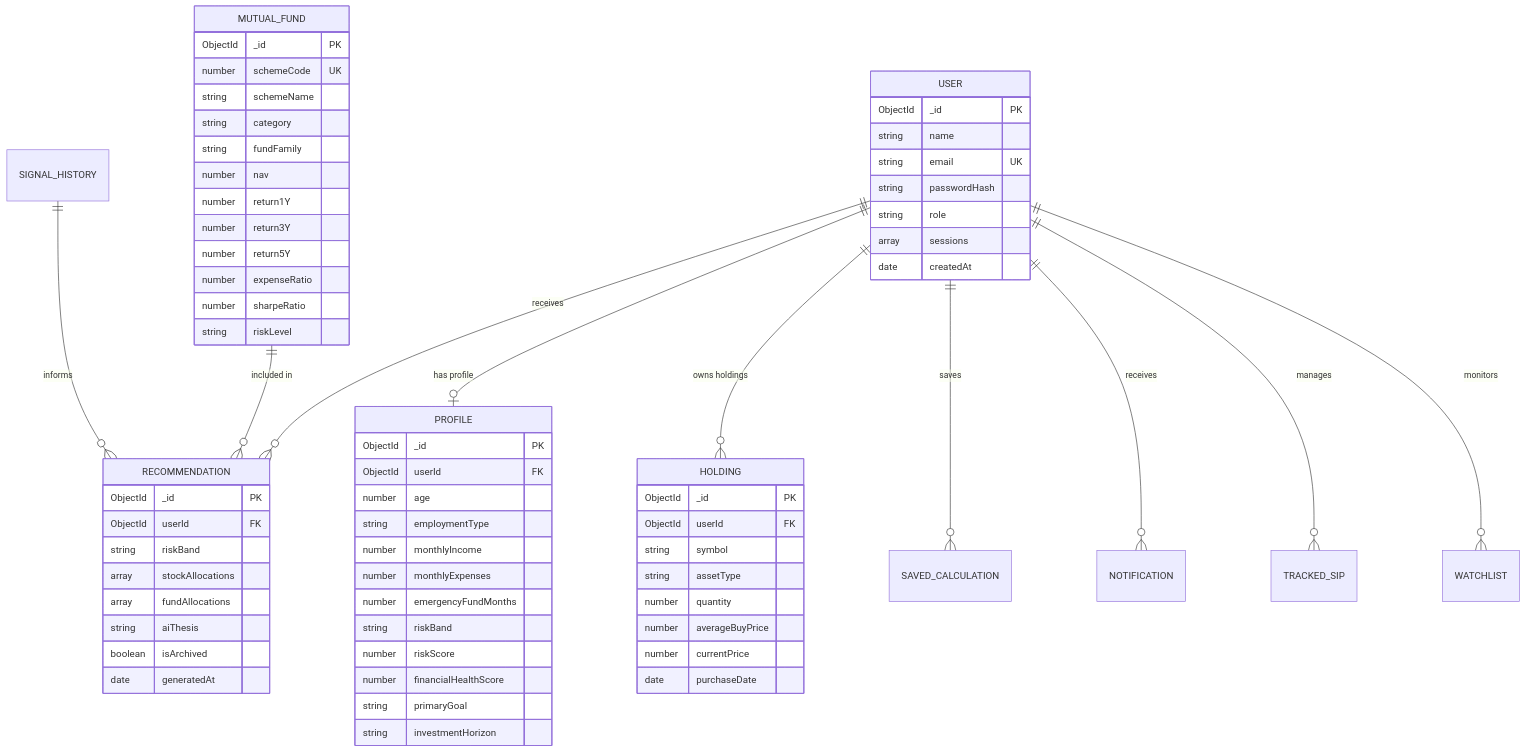
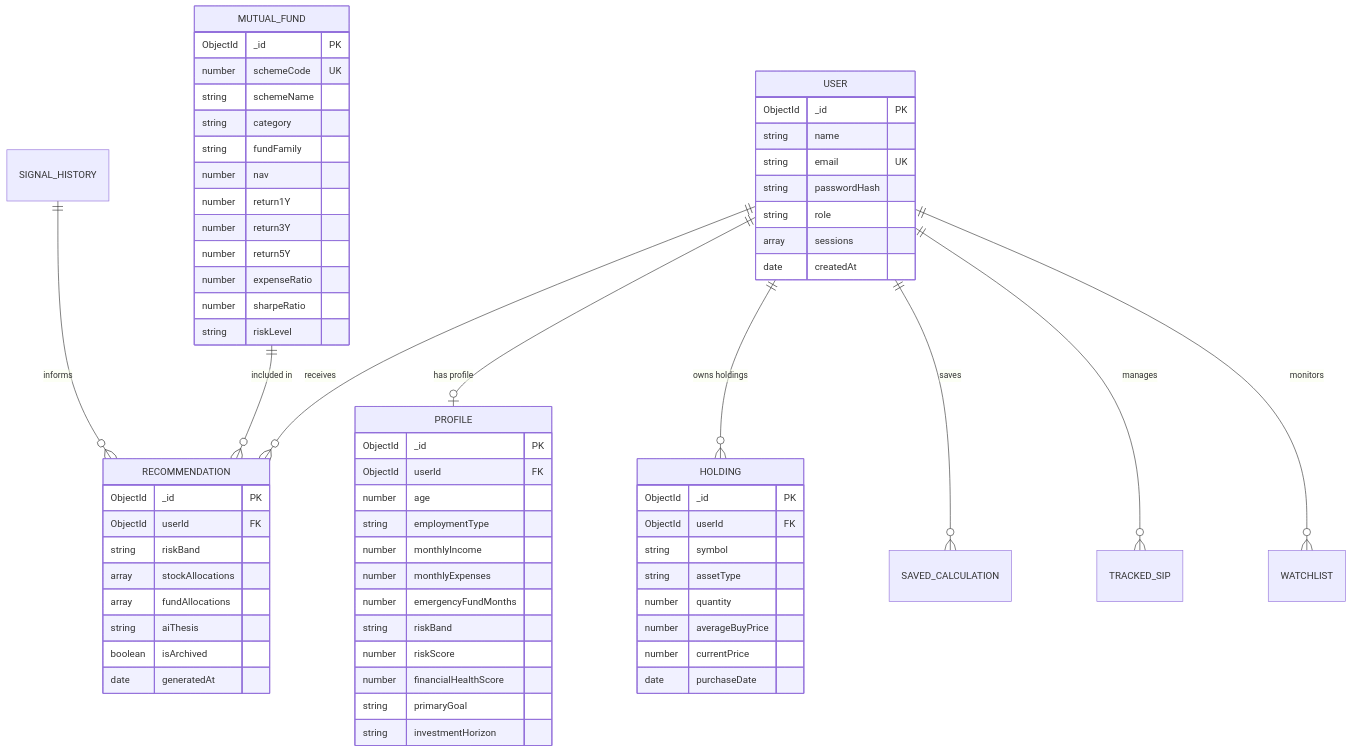
Before and after one commit to Sriram176-Dev/RupeeMind: the third of 3 diagrams in TECH_STACK.md, drawn with Mermaid. The commit also changed other lines of this file and 33 other files, not shown here.

````diff
--- a/TECH_STACK.md
+++ b/TECH_STACK.md
@@ -406,74 +408,73 @@
 ```mermaid
 erDiagram
     USER ||--o| PROFILE : "has profile"
     USER ||--o{ HOLDING : "owns holdings"
     USER ||--o{ RECOMMENDATION : "receives"
     USER ||--o{ SAVED_CALCULATION : "saves"
-    USER ||--o{ NOTIFICATION : "receives"
     USER ||--o{ TRACKED_SIP : "manages"
     USER ||--o{ WATCHLIST : "monitors"
     MUTUAL_FUND ||--o{ RECOMMENDATION : "included in"
     SIGNAL_HISTORY ||--o{ RECOMMENDATION : "informs"
 
     USER {
         ObjectId _id PK
         string name
         string email UK
         string passwordHash
         string role
         array sessions
         date createdAt
     }
 
     PROFILE {
         ObjectId _id PK
         ObjectId userId FK
         number age
         string employmentType
         number monthlyIncome
         number monthlyExpenses
         number emergencyFundMonths
         string riskBand
         number riskScore
         number financialHealthScore
         string primaryGoal
         string investmentHorizon
     }
 
     HOLDING {
         ObjectId _id PK
         ObjectId userId FK
         string symbol
         string assetType
         number quantity
         number averageBuyPrice
         number currentPrice
         date purchaseDate
     }
 
     MUTUAL_FUND {
         ObjectId _id PK
         number schemeCode UK
         string schemeName
         string category
         string fundFamily
         number nav
         number return1Y
         number return3Y
         number return5Y
         number expenseRatio
         number sharpeRatio
         string riskLevel
     }
 
     RECOMMENDATION {
         ObjectId _id PK
         ObjectId userId FK
         string riskBand
         array stockAllocations
         array fundAllocations
         string aiThesis
         boolean isArchived
         date generatedAt
     }
 ```
````
